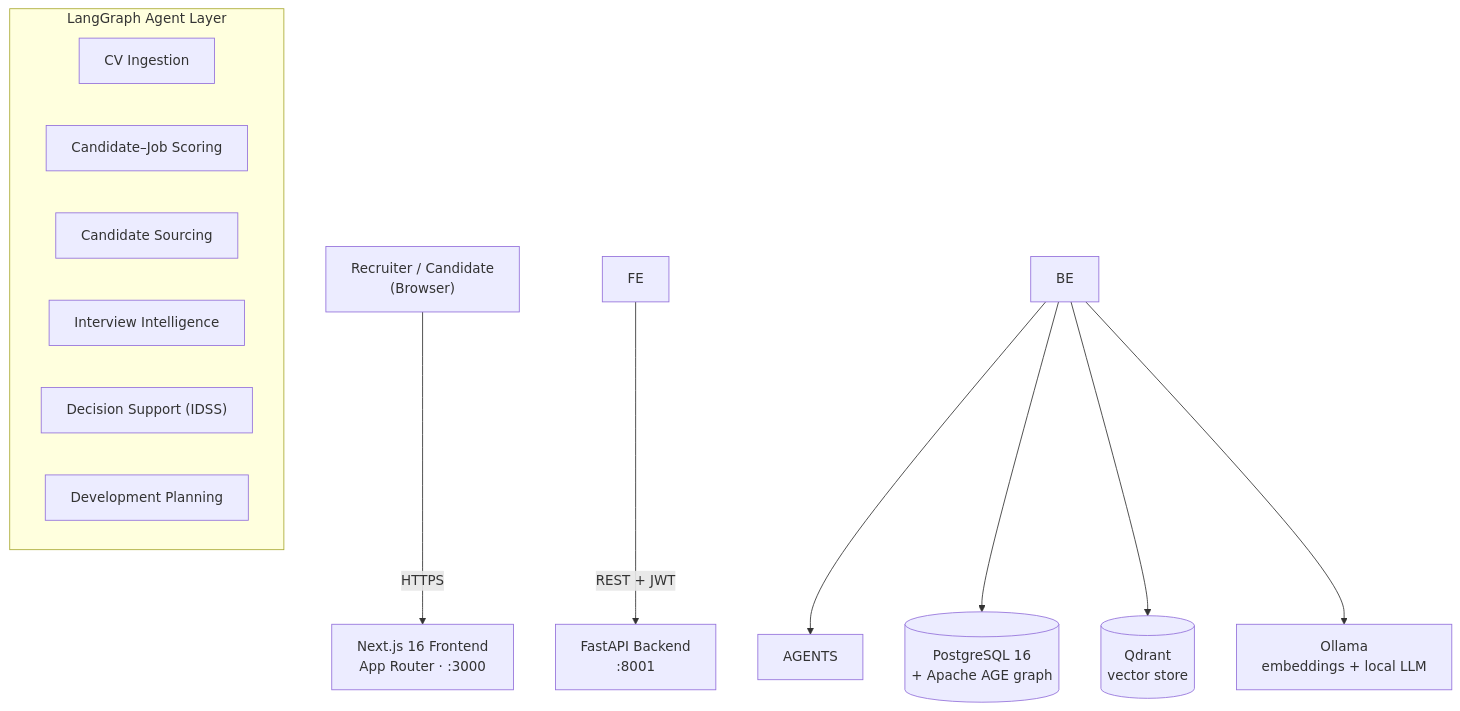
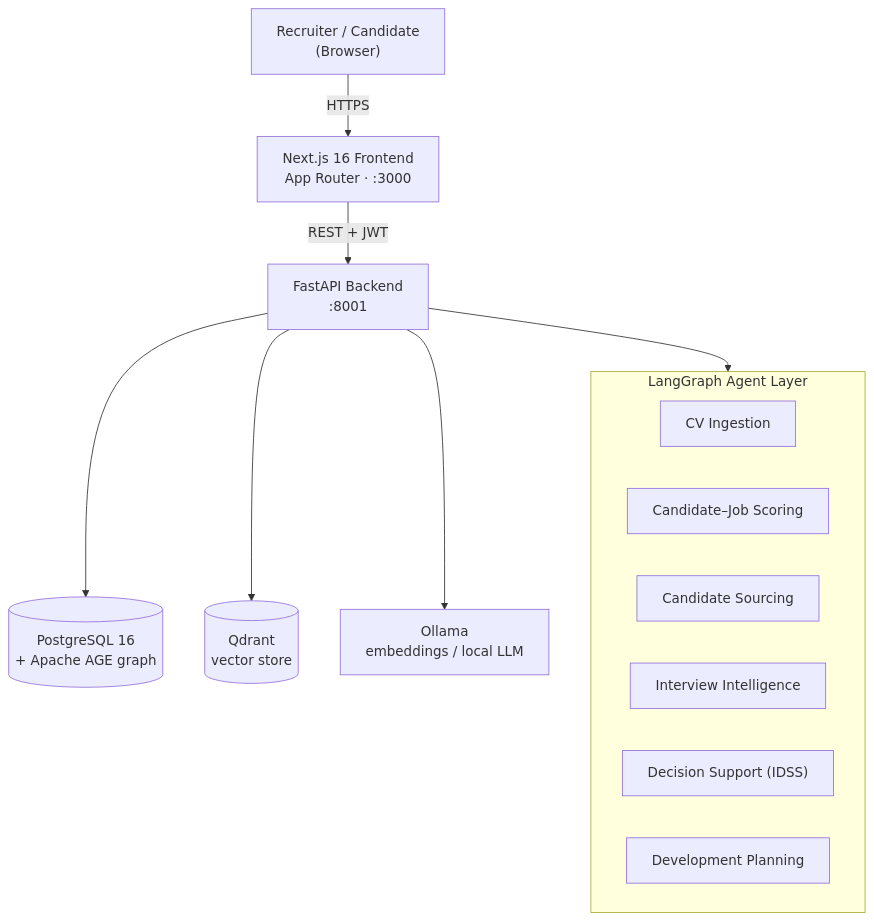
One commit to Abde1rahman-Osheba/Group-12-PATHS-Graduation-Project-2026 changed the diagram in Graduation_PATHS-main/README.md. Above: the diagram before and after it, drawn with Mermaid. The commit also changed other lines of this file, not shown here.

````diff
--- a/Graduation_PATHS-main/README.md
+++ b/Graduation_PATHS-main/README.md
@@ -59,20 +60,20 @@
 ```mermaid
 flowchart TB
-    U\["Recruiter / Candidate<br/>(Browser)"] -->|HTTPS| FE\["Next.js 16 Frontend<br/>App Router · :3000"]
-    FE -->|"REST + JWT"| BE\["FastAPI Backend<br/>:8001"]
+    U["Recruiter / Candidate<br/>(Browser)"] -->|HTTPS| FE["Next.js 16 Frontend<br/>App Router · :3000"]
+    FE -->|"REST + JWT"| BE["FastAPI Backend<br/>:8001"]
 
-    subgraph AGENTS\["LangGraph Agent Layer"]
+    subgraph AGENTS["LangGraph Agent Layer"]
         direction LR
-        A1\[CV Ingestion]
-        A2\[Candidate–Job Scoring]
-        A3\[Candidate Sourcing]
-        A4\[Interview Intelligence]
-        A5\["Decision Support (IDSS)"]
-        A6\[Development Planning]
+        A1[CV Ingestion]
+        A2[Candidate–Job Scoring]
+        A3[Candidate Sourcing]
+        A4[Interview Intelligence]
+        A5["Decision Support (IDSS)"]
+        A6[Development Planning]
     end
 
     BE --> AGENTS
-    BE --> PG\[("PostgreSQL 16<br/>+ Apache AGE graph")]
-    BE --> QD\[("Qdrant<br/>vector store")]
-    BE --> OL\["Ollama<br/>embeddings + local LLM"]
+    BE --> PG[("PostgreSQL 16<br/>+ Apache AGE graph")]
+    BE --> QD[("Qdrant<br/>vector store")]
+    BE --> OL["Ollama<br/>embeddings / local LLM"]
 ```
````
